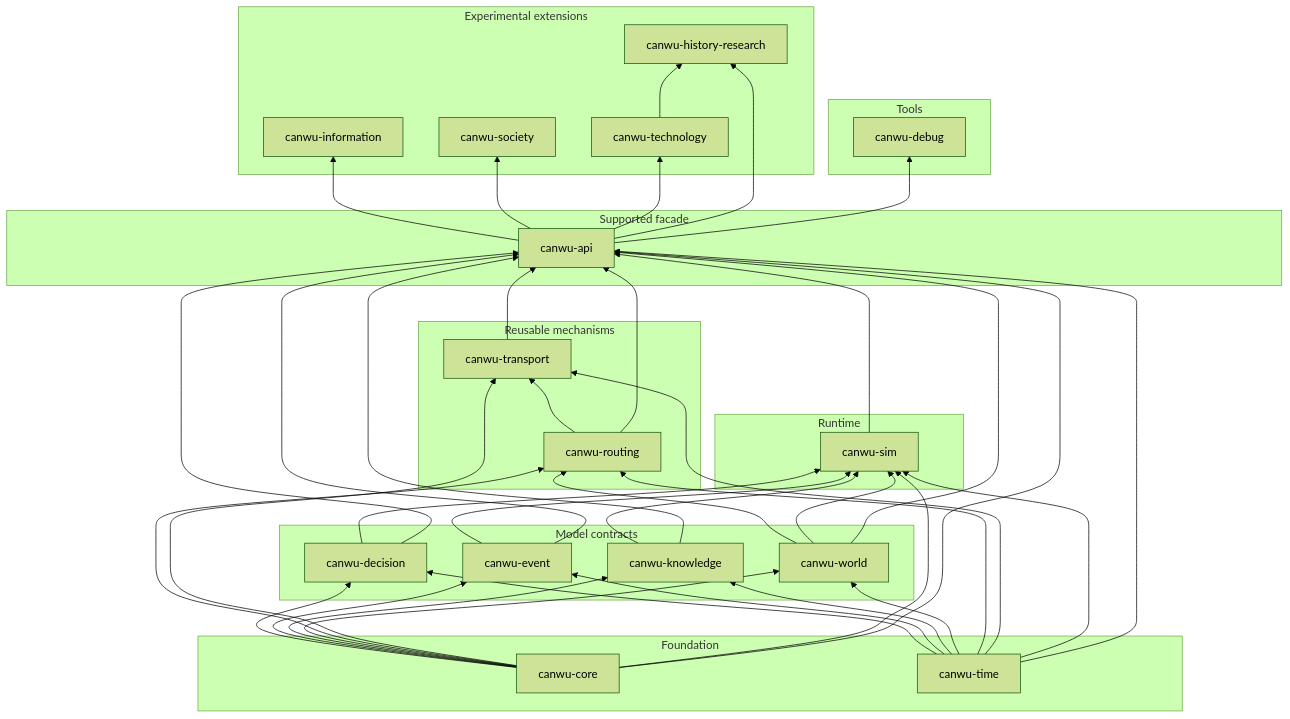
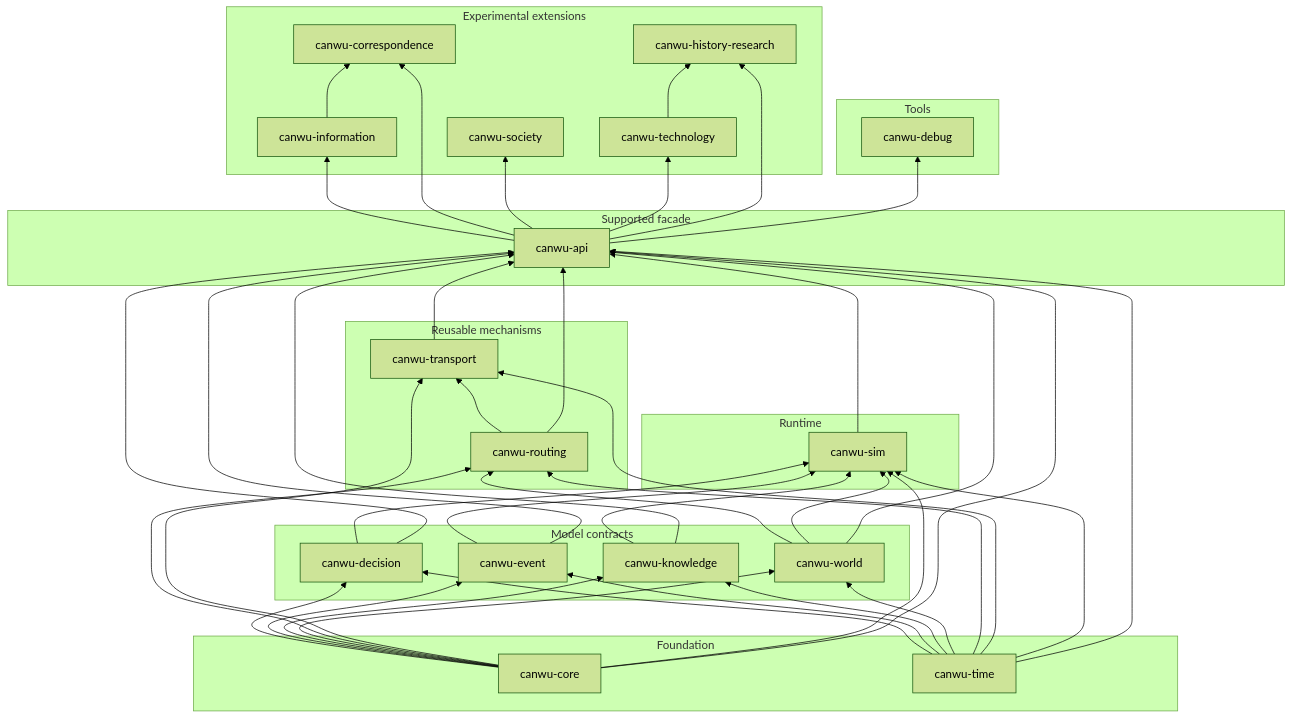
One commit to PeiyuanQi/canwu changed the diagram in crates/README.md. Above: the diagram before and after it, drawn with Mermaid (forest theme). The commit also changed other lines of this file and 43 other files, not shown here.

```diff
--- a/crates/README.md
+++ b/crates/README.md
@@ -27,6 +27,7 @@
     api["canwu-api"]
 
     information["canwu-information"]
+    correspondence["canwu-correspondence"]
     society["canwu-society"]
     technology["canwu-technology"]
     history["canwu-history-research"]
@@ -37,6 +38,7 @@
     end
     subgraph extensions["Experimental extensions"]
         information
+        correspondence
         society
         technology
         history
@@ -96,6 +98,8 @@
     sim --> api
 
     api --> information
+    api --> correspondence
+    information --> correspondence
     api --> society
     api --> technology
     api --> history
```
